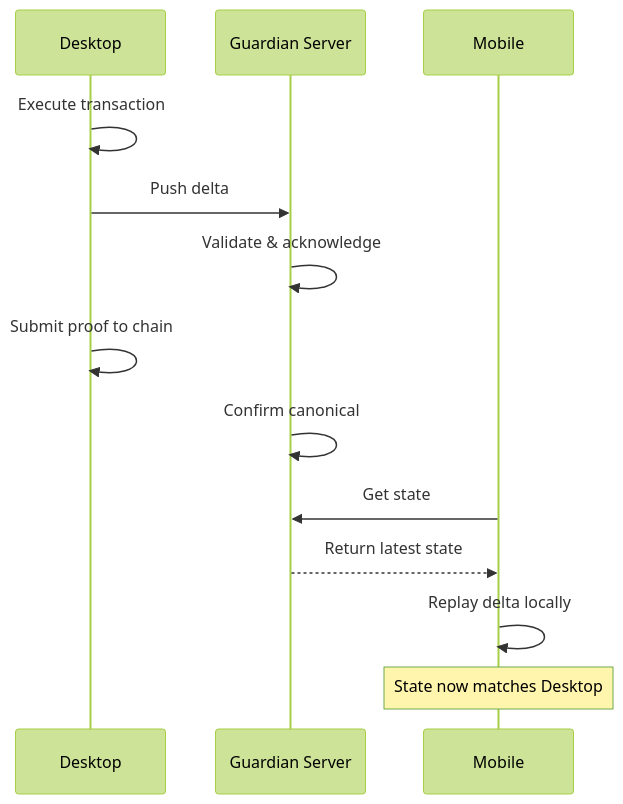
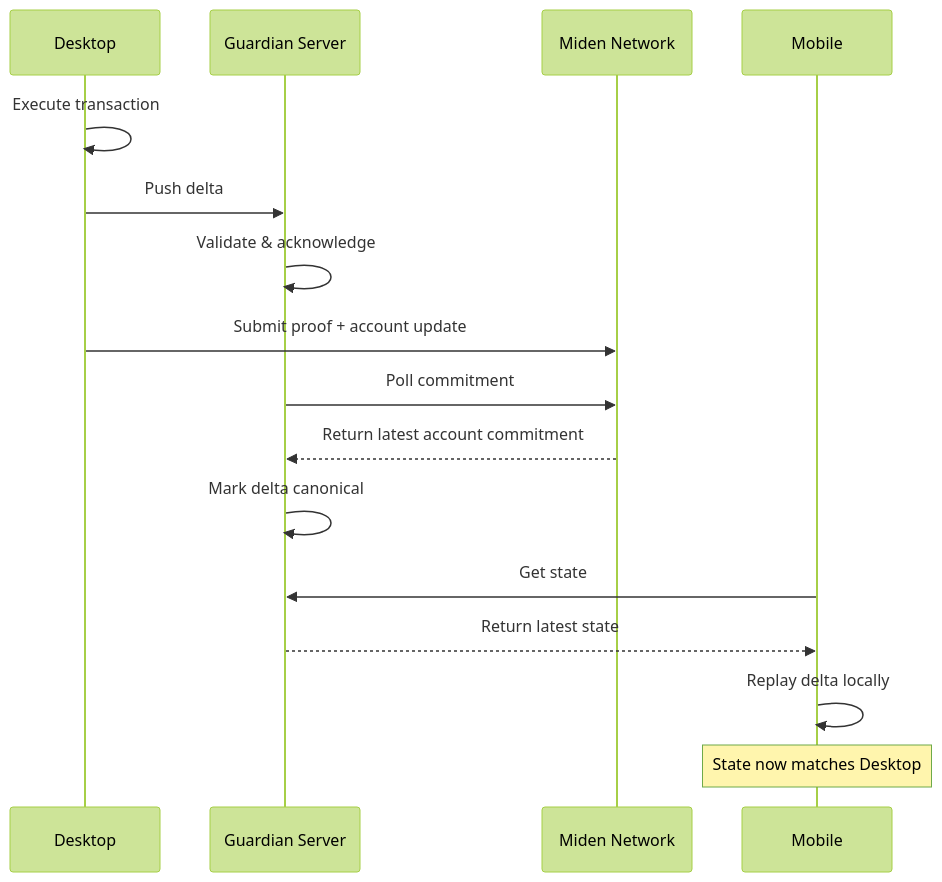
Before and after one commit to 0xMiden/miden-docs: the third of 4 diagrams in docs/builder/miden-guardian/core-concepts/architecture.md, drawn with Mermaid (forest theme). The commit also changed other lines of this file and 13 other files, not shown here.

First line of the commit message:
docs: expand Guardian architecture docs

````diff
--- a/docs/builder/miden-guardian/core-concepts/architecture.md
+++ b/docs/builder/miden-guardian/core-concepts/architecture.md
@@ -61,16 +90,19 @@
 ```mermaid
 sequenceDiagram
     participant Desktop as Desktop
     participant Guardian as Guardian Server
+    participant Network as Miden Network
     participant Mobile as Mobile
 
     Desktop->>Desktop: Execute transaction
     Desktop->>Guardian: Push delta
     Guardian->>Guardian: Validate & acknowledge
-    Desktop->>Desktop: Submit proof to chain
-    Guardian->>Guardian: Confirm canonical
+    Desktop->>Network: Submit proof + account update
+    Guardian->>Network: Poll commitment
+    Network-->>Guardian: Return latest account commitment
+    Guardian->>Guardian: Mark delta canonical
     Mobile->>Guardian: Get state
     Guardian-->>Mobile: Return latest state
     Mobile->>Mobile: Replay delta locally
     Note over Mobile: State now matches Desktop
 ```
````
